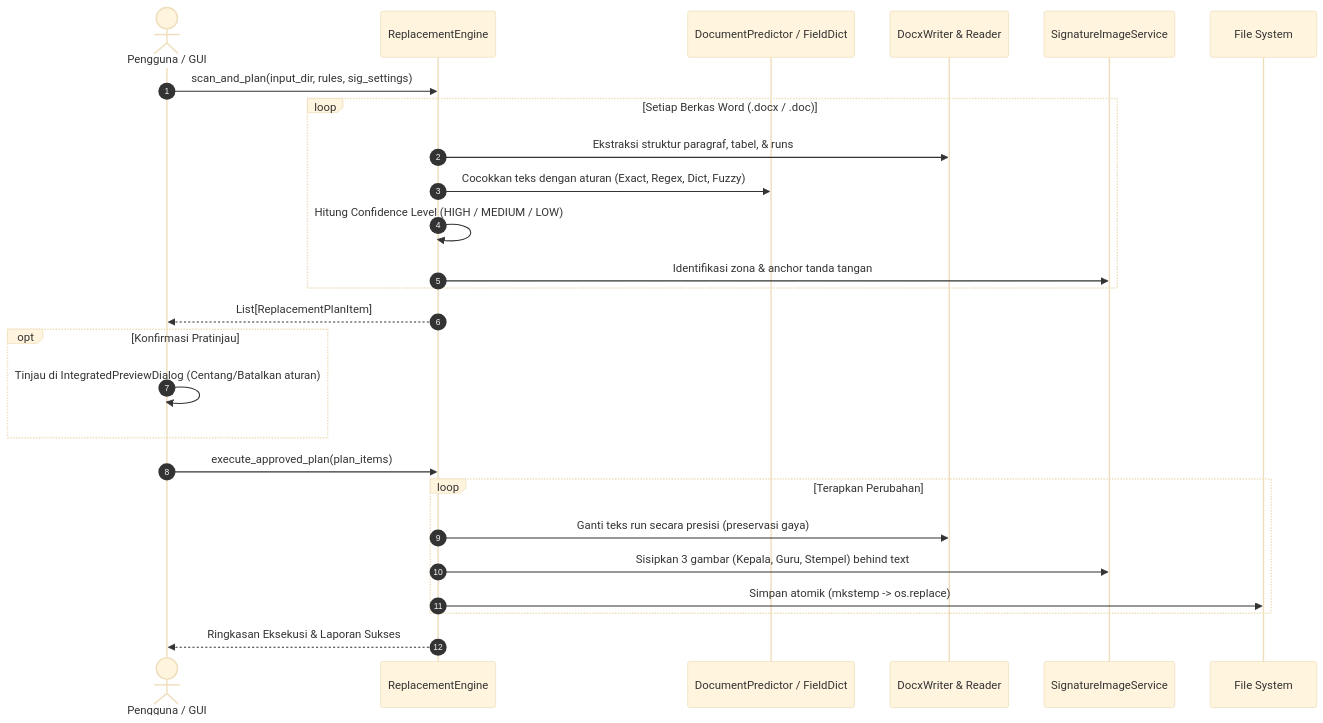
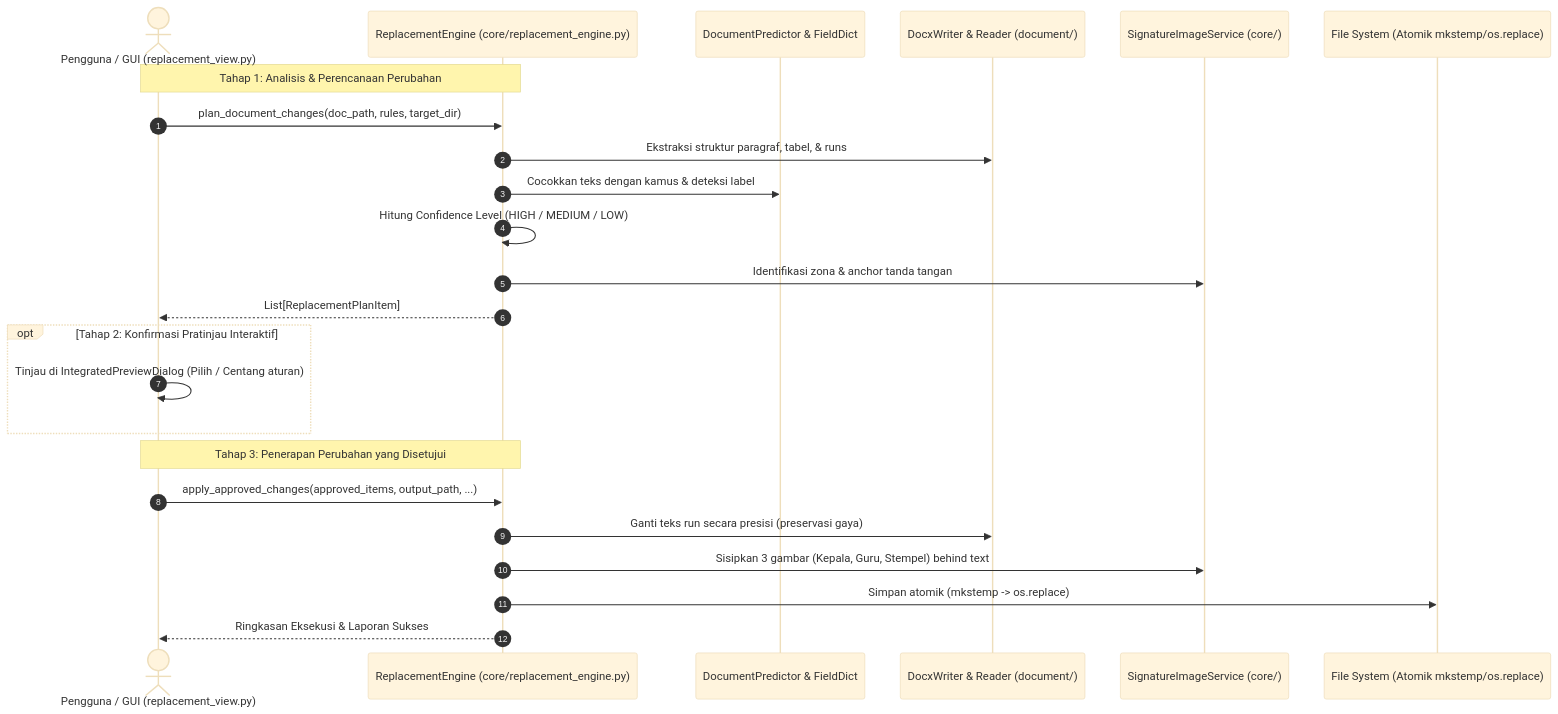
The diagram in README/readmeAI.md (giehotz/Documen-Replacer), drawn with Mermaid (base theme) before and after one commit. The commit also changed other lines of this file, not shown here.

Commit message:
Refine README/readmeAI.md: correct pdf_converter package, document processors, test suite list, workflow methods, signature keys, and root blueprint

````diff
--- a/README/readmeAI.md
+++ b/README/readmeAI.md
@@ -143,31 +168,29 @@
 ```mermaid
 sequenceDiagram
     autonumber
-    actor User as Pengguna / GUI
-    participant RE as ReplacementEngine
-    participant DP as DocumentPredictor / FieldDict
-    participant DW as DocxWriter & Reader
-    participant SS as SignatureImageService
-    participant Disk as File System
+    actor User as Pengguna / GUI (replacement_view.py)
+    participant RE as ReplacementEngine (core/replacement_engine.py)
+    participant DP as DocumentPredictor & FieldDict
+    participant DW as DocxWriter & Reader (document/)
+    participant SS as SignatureImageService (core/)
+    participant Disk as File System (Atomik mkstemp/os.replace)
 
-    User->>RE: scan_and_plan(input_dir, rules, sig_settings)
-    loop Setiap Berkas Word (.docx / .doc)
-        RE->>DW: Ekstraksi struktur paragraf, tabel, & runs
-        RE->>DP: Cocokkan teks dengan aturan (Exact, Regex, Dict, Fuzzy)
-        RE->>RE: Hitung Confidence Level (HIGH / MEDIUM / LOW)
-        RE->>SS: Identifikasi zona & anchor tanda tangan
-    end
+    Note over User,RE: Tahap 1: Analisis & Perencanaan Perubahan
+    User->>RE: plan_document_changes(doc_path, rules, target_dir)
+    RE->>DW: Ekstraksi struktur paragraf, tabel, & runs
+    RE->>DP: Cocokkan teks dengan kamus & deteksi label
+    RE->>RE: Hitung Confidence Level (HIGH / MEDIUM / LOW)
+    RE->>SS: Identifikasi zona & anchor tanda tangan
     RE-->>User: List[ReplacementPlanItem]
 
-    opt Konfirmasi Pratinjau
-        User->>User: Tinjau di IntegratedPreviewDialog (Centang/Batalkan aturan)
+    opt Tahap 2: Konfirmasi Pratinjau Interaktif
+        User->>User: Tinjau di IntegratedPreviewDialog (Pilih / Centang aturan)
     end
 
-    User->>RE: execute_approved_plan(plan_items)
-    loop Terapkan Perubahan
-        RE->>DW: Ganti teks run secara presisi (preservasi gaya)
-        RE->>SS: Sisipkan 3 gambar (Kepala, Guru, Stempel) behind text
-        RE->>Disk: Simpan atomik (mkstemp -> os.replace)
-    end
+    Note over User,RE: Tahap 3: Penerapan Perubahan yang Disetujui
+    User->>RE: apply_approved_changes(approved_items, output_path, ...)
+    RE->>DW: Ganti teks run secara presisi (preservasi gaya)
+    RE->>SS: Sisipkan 3 gambar (Kepala, Guru, Stempel) behind text
+    RE->>Disk: Simpan atomik (mkstemp -> os.replace)
     RE-->>User: Ringkasan Eksekusi & Laporan Sukses
 ```
````
